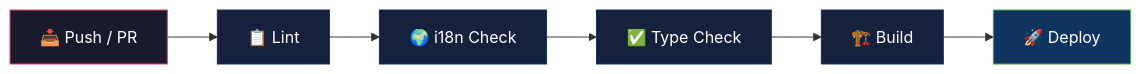
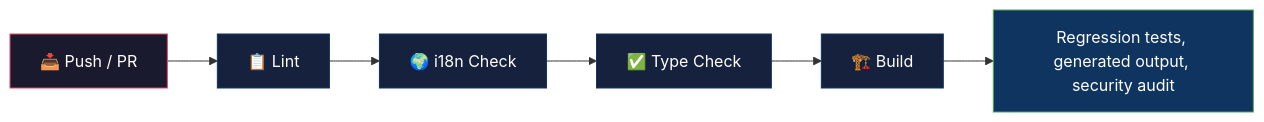
The second of 2 diagrams in README.md (iamcristian/my-portfolio), drawn with Mermaid before and after one commit. The commit also changed other lines of this file and 84 other files, not shown here.

First line of the commit message:
refactor: modernize portfolio architecture, security, a11y, and SEO

````diff
--- a/README.md
+++ b/README.md
@@ -263,15 +268,15 @@
 ```mermaid
 graph LR
     A["📥 Push / PR"] --> B["📋 Lint"]
     B --> C["🌍 i18n Check"]
     C --> D["✅ Type Check"]
     D --> E["🏗️ Build"]
-    E --> F["🚀 Deploy"]
+    E --> F["Regression tests, generated output, security audit"]
 
     style A fill:#1a1a2e,stroke:#e94560,color:#fff
     style B fill:#16213e,stroke:#0f3460,color:#fff
     style C fill:#16213e,stroke:#0f3460,color:#fff
     style D fill:#16213e,stroke:#0f3460,color:#fff
     style E fill:#16213e,stroke:#0f3460,color:#fff
     style F fill:#0f3460,stroke:#53a653,color:#fff
 ```
````
